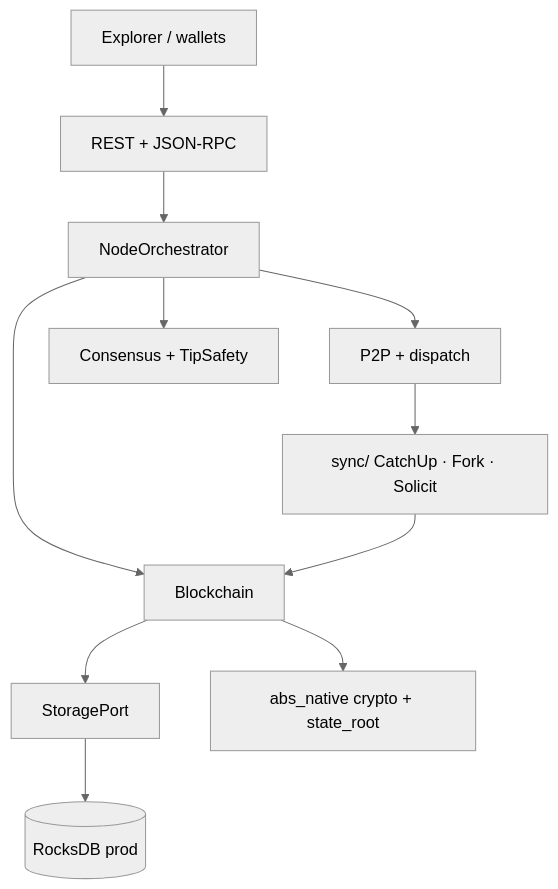
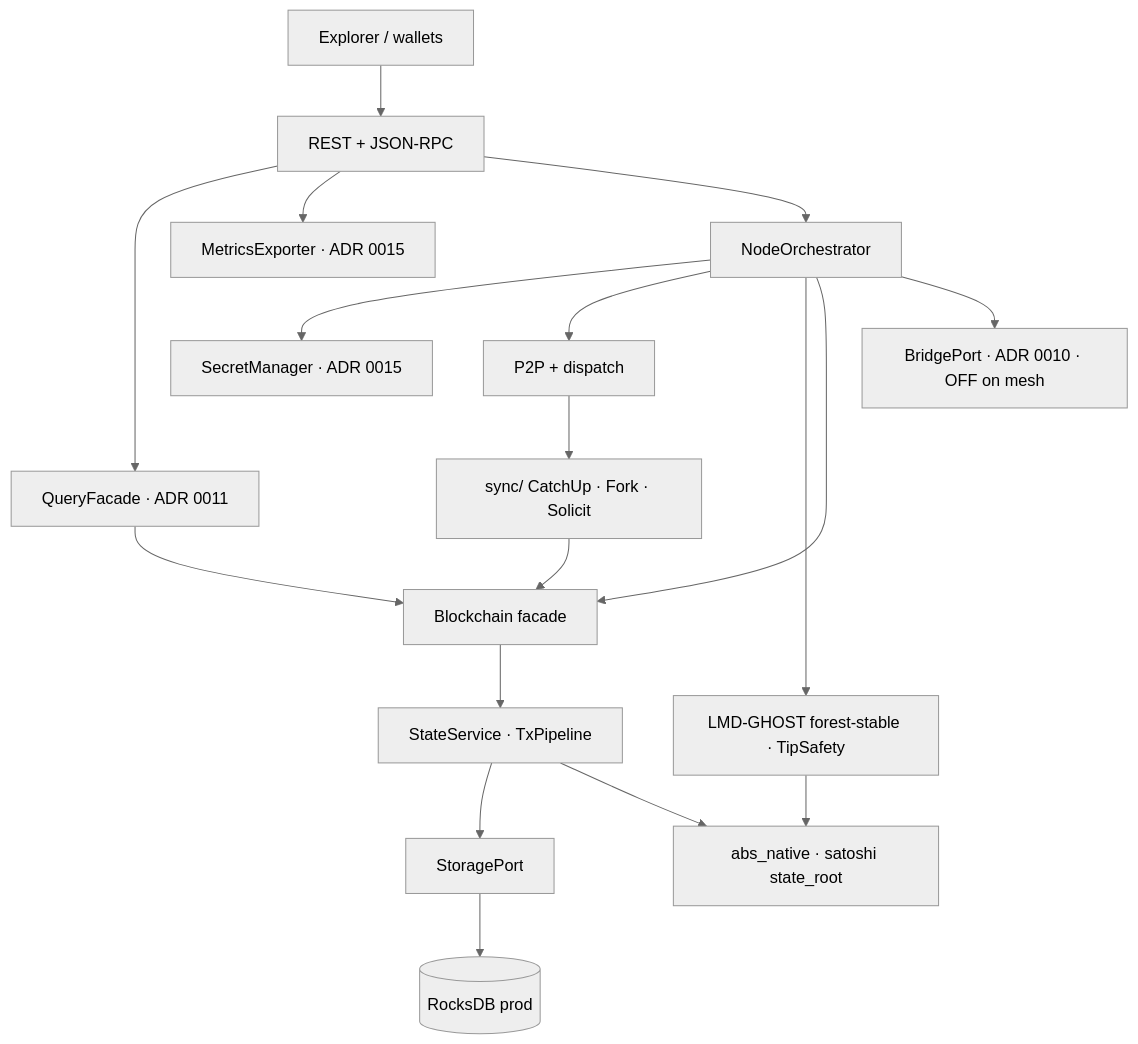
One commit to Gruver87/Absolute_Blockchain_Ultimate_Hybrid changed the diagram in README.md. Above: the diagram before and after it, drawn with Mermaid (neutral theme). The commit also changed other lines of this file and 5 other files, not shown here.

````diff
--- a/README.md
+++ b/README.md
@@ -108,13 +113,20 @@
 ```mermaid
 flowchart TB
   EX["Explorer / wallets"] --> API["REST + JSON-RPC"]
+  API --> QF["QueryFacade · ADR 0011"]
+  API --> MET["MetricsExporter · ADR 0015"]
   API --> ORCH["NodeOrchestrator"]
+  ORCH --> SM["SecretManager · ADR 0015"]
   ORCH --> P2P["P2P + dispatch"]
-  ORCH --> CONS["Consensus + TipSafety"]
-  ORCH --> BC["Blockchain"]
+  ORCH --> CONS["LMD-GHOST forest-stable · TipSafety"]
+  ORCH --> BC["Blockchain facade"]
+  ORCH --> BR["BridgePort · ADR 0010 · OFF on mesh"]
+  QF --> BC
   P2P --> SYNC["sync/ CatchUp · Fork · Solicit"]
   SYNC --> BC
-  BC --> SP["StoragePort"]
+  BC --> SS["StateService · TxPipeline"]
+  SS --> SP["StoragePort"]
   SP --> ROCKS[("RocksDB prod")]
-  BC --> RUST["abs_native crypto + state_root"]
+  SS --> RUST["abs_native · satoshi state_root"]
+  CONS --> RUST
 ```
````
